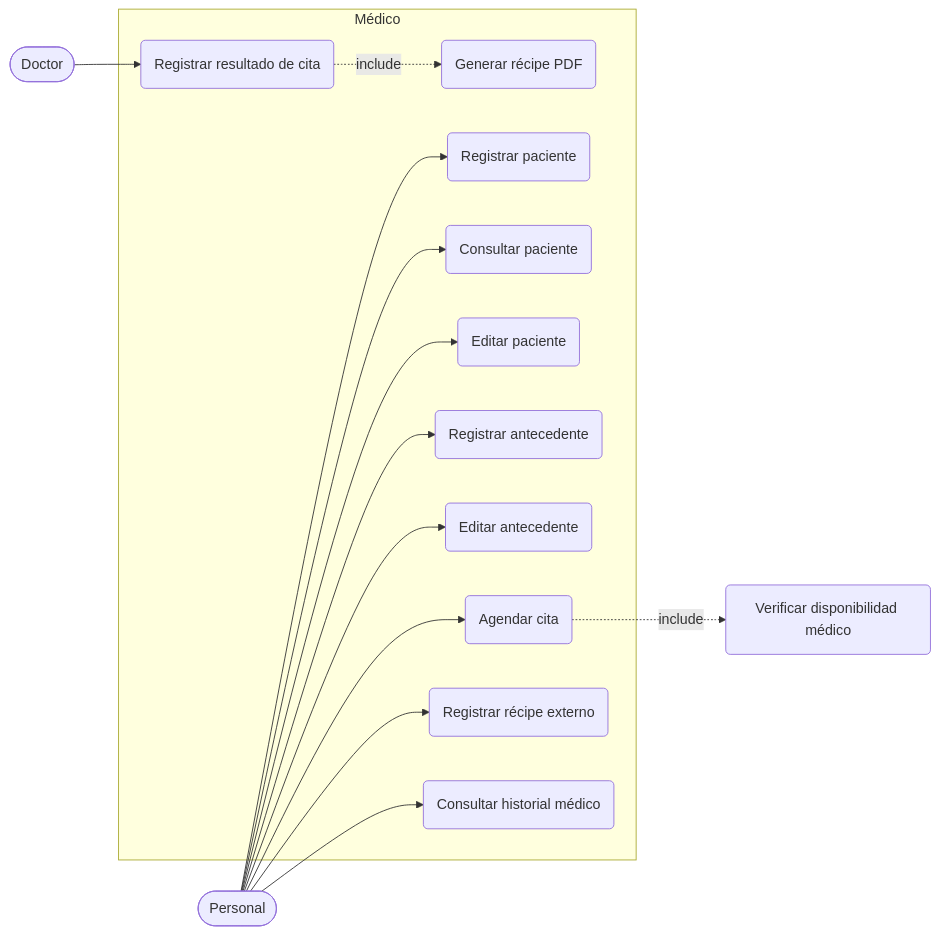
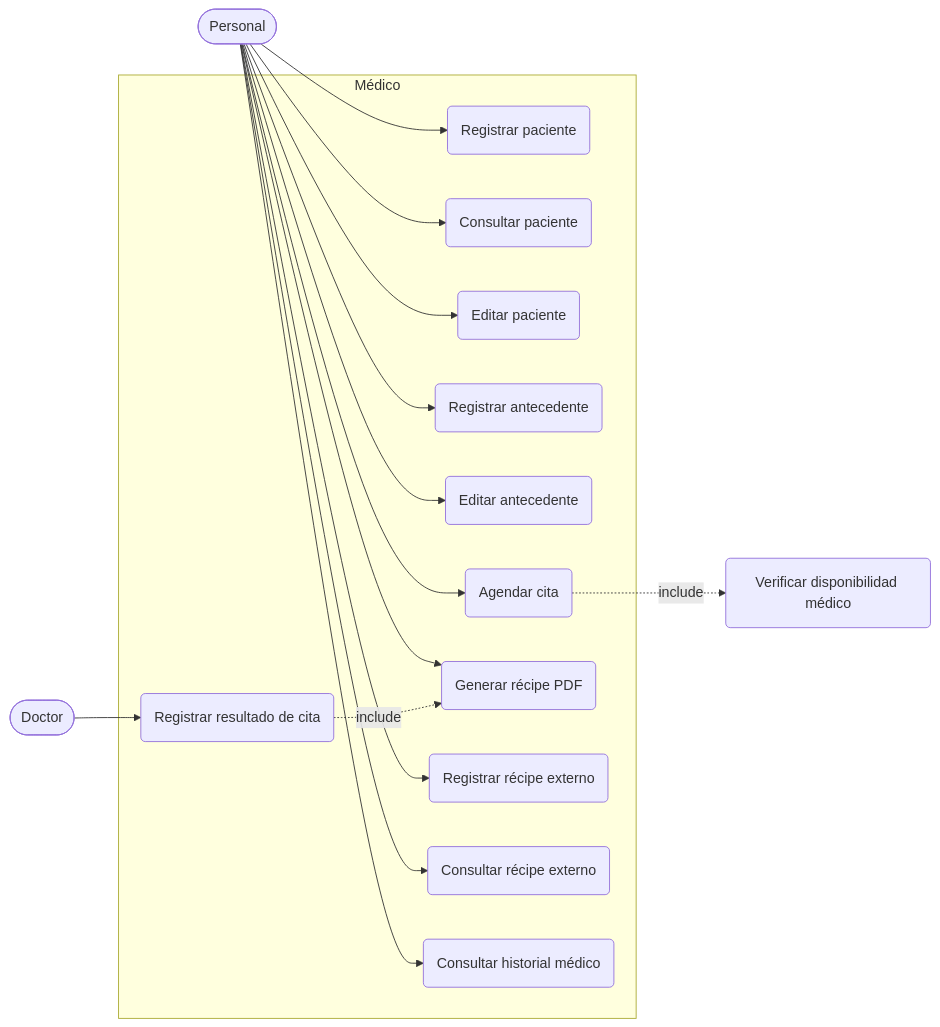
The diagram in docs/per-module/medical/use-cases.mermaid (DaikoneKisu/san-martin-de-porres-parish-pharmacy-community-service), drawn with Mermaid before and after one commit.

Commit message:
chore: update medical use cases to include external recipe consultation

```diff
--- a/docs/per-module/medical/use-cases.mermaid
+++ b/docs/per-module/medical/use-cases.mermaid
@@ -1,22 +1,23 @@
 flowchart LR
   P([Personal])
   D([Doctor])
 
   subgraph Médico
     UC1(Registrar paciente)
     UC2(Consultar paciente)
     UC3(Editar paciente)
     UC4(Registrar antecedente)
     UC5(Editar antecedente)
     UC6(Agendar cita)
     UC7(Registrar resultado de cita)
     UC8(Generar récipe PDF)
     UC9(Registrar récipe externo)
+    UC9B(Consultar récipe externo)
     UC10(Consultar historial médico)
   end
 
-  P   --> UC1 & UC2 & UC3 & UC4 & UC5 & UC6 & UC9 & UC10
+  P   --> UC1 & UC2 & UC3 & UC4 & UC5 & UC6 & UC8 & UC9 & UC9B & UC10
   D   --> UC7
 
   UC7 -.->|include| UC8
-  UC6 -.->|include| UC_check_agenda(Verificar disponibilidad médico)
+  UC6 -.->|include| UC_check(Verificar disponibilidad médico)
```
